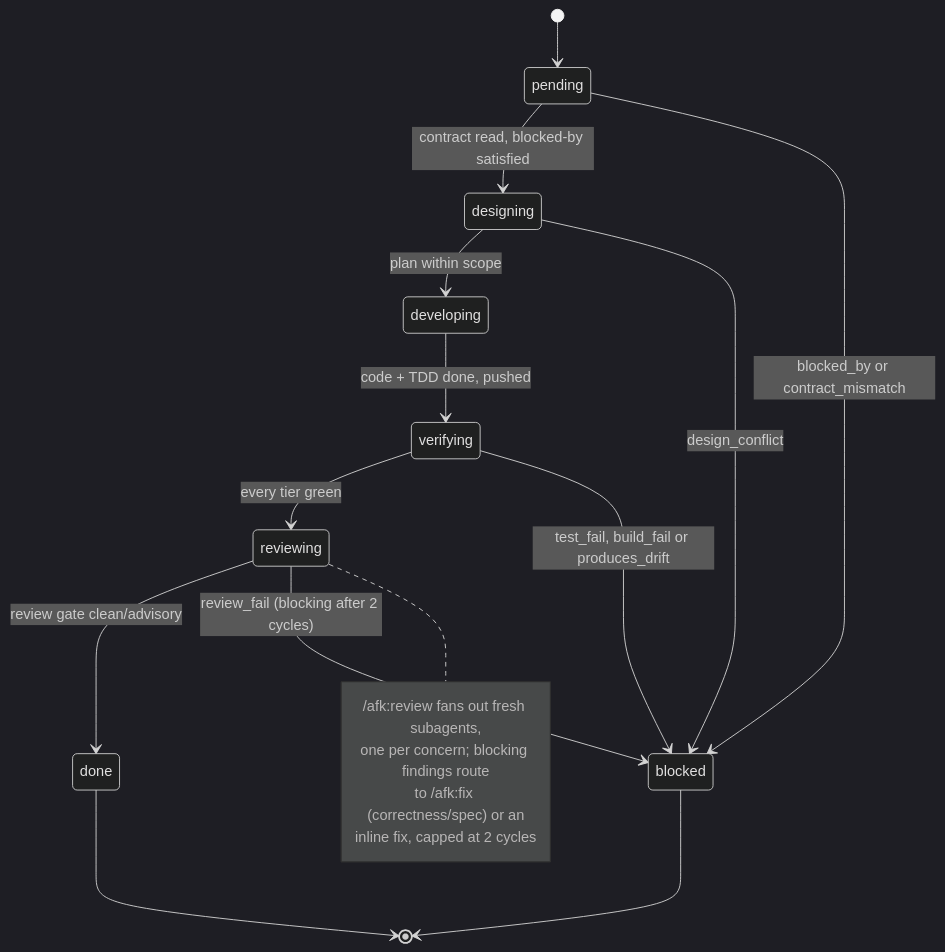
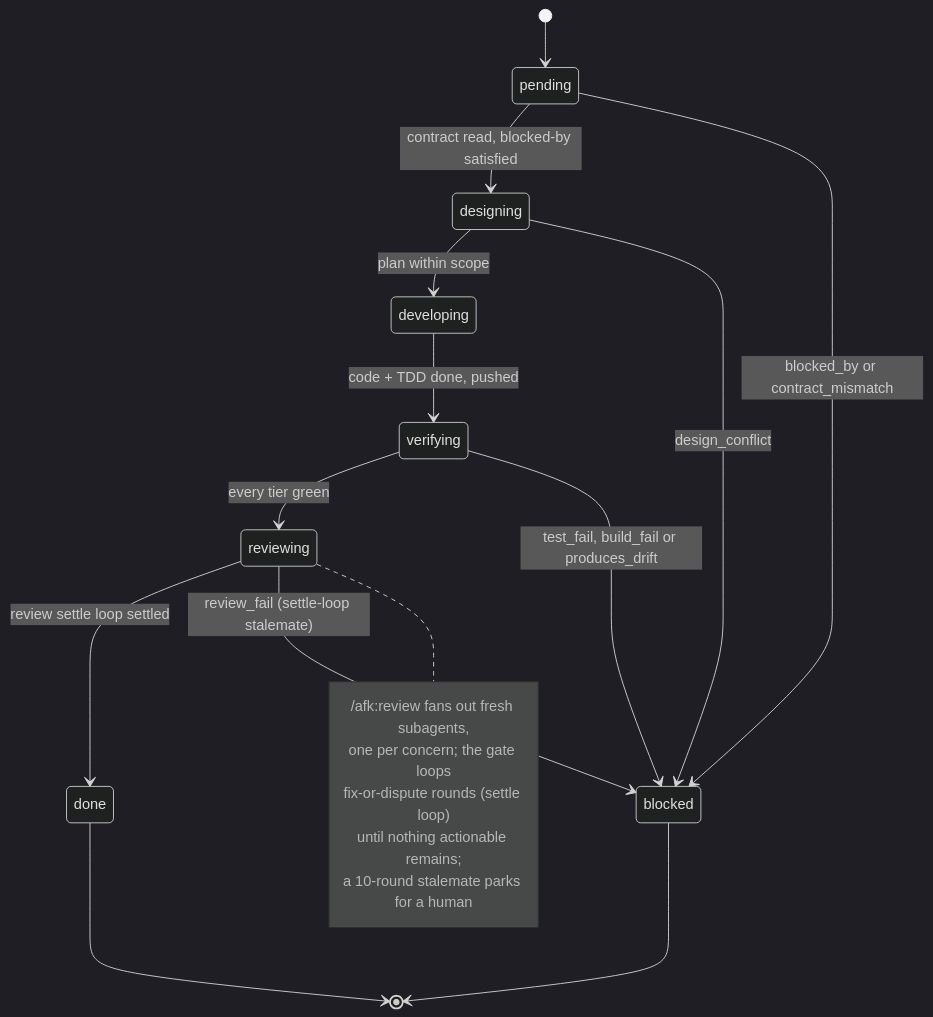
The fifth of 6 diagrams in README.md (midnightblur/afk-driver), drawn with Mermaid (dark theme) before and after one commit. The commit also changed other lines of this file and 14 other files, not shown here.

First line of the commit message:
afk-workflow: multi-round review settle loop + /afk:settle-mr MR reviewer

````diff
--- a/README.md
+++ b/README.md
@@ -491,23 +491,24 @@
 ```mermaid
 stateDiagram-v2
     [*] --> pending
     pending --> designing: contract read, blocked-by satisfied
     designing --> developing: plan within scope
     developing --> verifying: code + TDD done, pushed
     verifying --> reviewing: every tier green
-    reviewing --> done: review gate clean/advisory
+    reviewing --> done: review settle loop settled
     done --> [*]
 
     pending --> blocked: blocked_by or contract_mismatch
     designing --> blocked: design_conflict
     verifying --> blocked: test_fail, build_fail or produces_drift
-    reviewing --> blocked: review_fail (blocking after 2 cycles)
+    reviewing --> blocked: review_fail (settle-loop stalemate)
     blocked --> [*]
 
     note right of reviewing
         /afk:review fans out fresh subagents,
-        one per concern; blocking findings route
-        to /afk:fix (correctness/spec) or an
-        inline fix, capped at 2 cycles
+        one per concern; the gate loops
+        fix-or-dispute rounds (settle loop)
+        until nothing actionable remains;
+        a 10-round stalemate parks for a human
     end note
 ```
````
